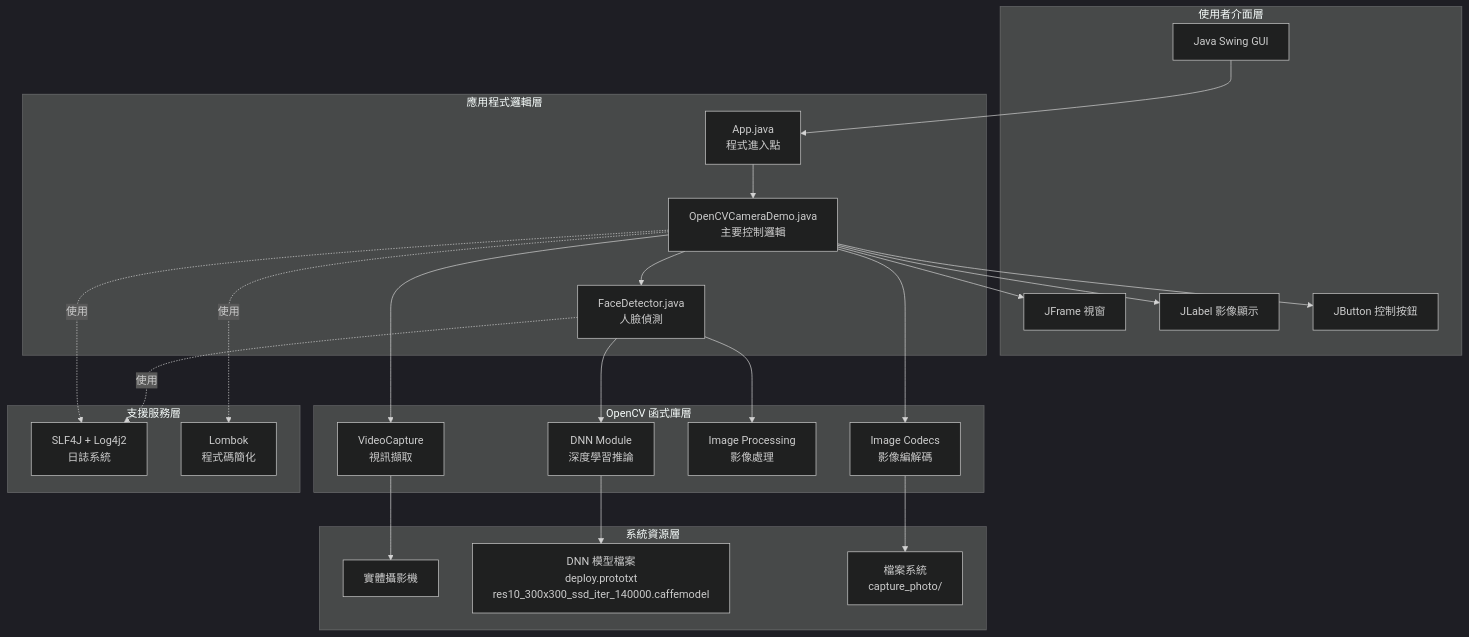
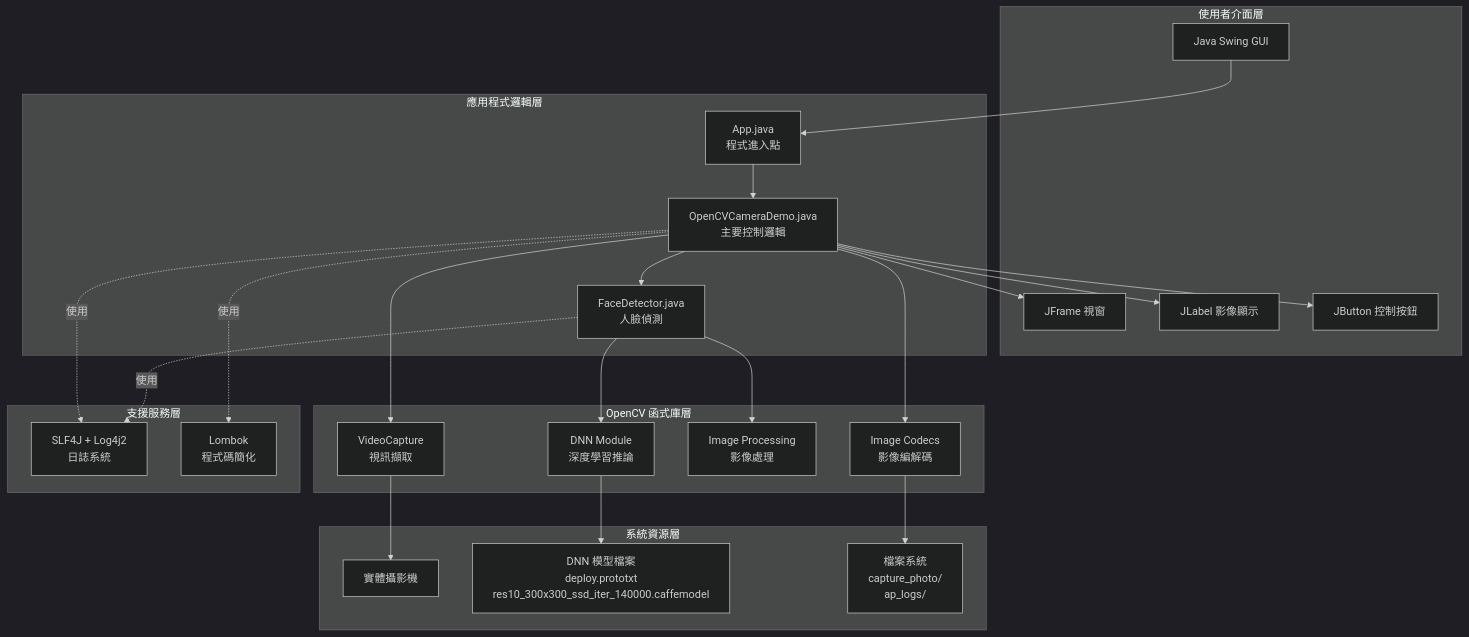
Before and after one commit to sobadrush/FTC_OpenCV: the third of 3 diagrams in README.md, drawn with Mermaid (dark theme).

Commit message:
Update technology stack diagram to include log directory

````diff
--- a/README.md
+++ b/README.md
@@ -199,50 +199,50 @@
 ```mermaid
 graph TB
     subgraph "使用者介面層"
         UI[Java Swing GUI]
         UI_Frame[JFrame 視窗]
         UI_Label[JLabel 影像顯示]
         UI_Buttons[JButton 控制按鈕]
     end
     
     subgraph "應用程式邏輯層"
         App[App.java<br/>程式進入點]
         Demo[OpenCVCameraDemo.java<br/>主要控制邏輯]
         Detector[FaceDetector.java<br/>人臉偵測]
     end
     
     subgraph "OpenCV 函式庫層"
         VideoIO[VideoCapture<br/>視訊擷取]
         DNN[DNN Module<br/>深度學習推論]
         ImgProc[Image Processing<br/>影像處理]
         ImgCodecs[Image Codecs<br/>影像編解碼]
     end
     
     subgraph "系統資源層"
         Camera[實體攝影機]
         Models[DNN 模型檔案<br/>deploy.prototxt<br/>res10_300x300_ssd_iter_140000.caffemodel]
-        Files[檔案系統<br/>capture_photo/]
+        Files[檔案系統<br/>capture_photo/<br/>ap_logs/]
     end
     
     subgraph "支援服務層"
         Logging[SLF4J + Log4j2<br/>日誌系統]
         Lombok[Lombok<br/>程式碼簡化]
     end
     
     UI --> App
     App --> Demo
     Demo --> UI_Frame
     Demo --> UI_Label
     Demo --> UI_Buttons
     Demo --> Detector
     Demo --> VideoIO
     Demo --> ImgCodecs
     Detector --> DNN
     Detector --> ImgProc
     VideoIO --> Camera
     DNN --> Models
     ImgCodecs --> Files
     Demo -.使用.-> Logging
     Demo -.使用.-> Lombok
     Detector -.使用.-> Logging
 ```
````
